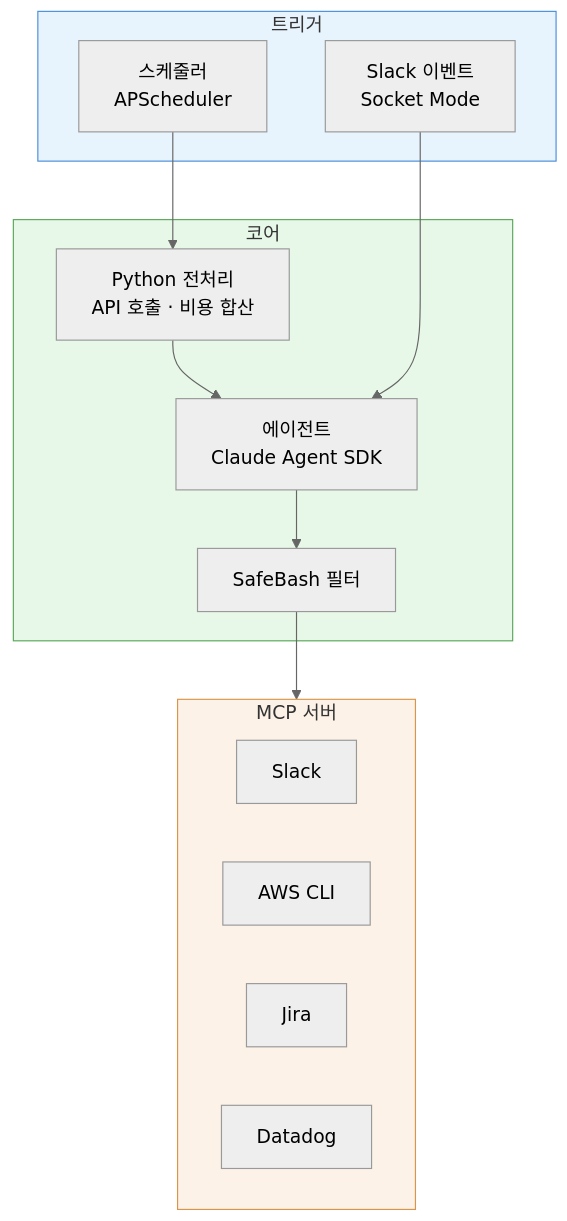
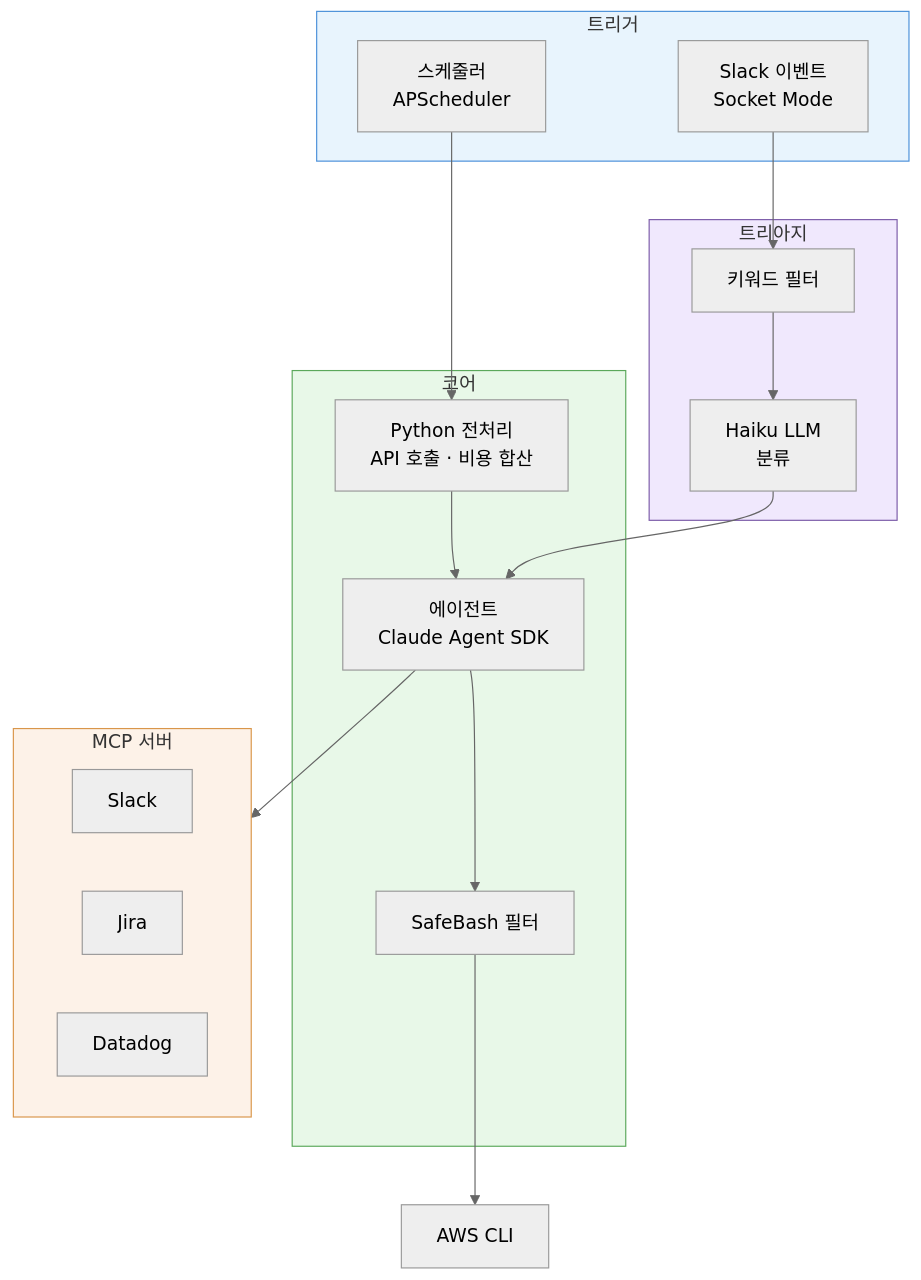
The diagram in content/ai/ai-infra-automation.md (kimduksoo/duksoo-tech-blog), drawn with Mermaid (neutral theme) before and after one commit.

Commit message:
시스템 개요 트리아지 추가, AWS CLI MCP 분리

````diff
--- a/content/ai/ai-infra-automation.md
+++ b/content/ai/ai-infra-automation.md
@@ -26,28 +26,34 @@
 ```mermaid
 flowchart TB
     subgraph 트리거
         Cron[스케줄러<br/>APScheduler]
         Event[Slack 이벤트<br/>Socket Mode]
+    end
+
+    subgraph 트리아지
+        KW[키워드 필터]
+        Haiku[Haiku LLM<br/>분류]
     end
 
     subgraph 코어
         Pre[Python 전처리<br/>API 호출 · 비용 합산]
         Agent[에이전트<br/>Claude Agent SDK]
         Safe[SafeBash 필터]
     end
 
     subgraph MCP[MCP 서버]
         S[Slack]
-        A[AWS CLI]
         J[Jira]
         D[Datadog]
     end
 
     Cron --> Pre --> Agent
-    Event --> Agent
-    Agent --> Safe --> MCP
+    Event --> KW --> Haiku --> Agent
+    Agent --> Safe --> AWS[AWS CLI]
+    Agent --> MCP
 
     style 트리거 fill:#e8f4fd,stroke:#4a90d9
+    style 트리아지 fill:#f0e8fd,stroke:#7b5ba8
     style 코어 fill:#e8f8e8,stroke:#5ba85b
     style MCP fill:#fdf2e8,stroke:#d9964a
 ```
````
